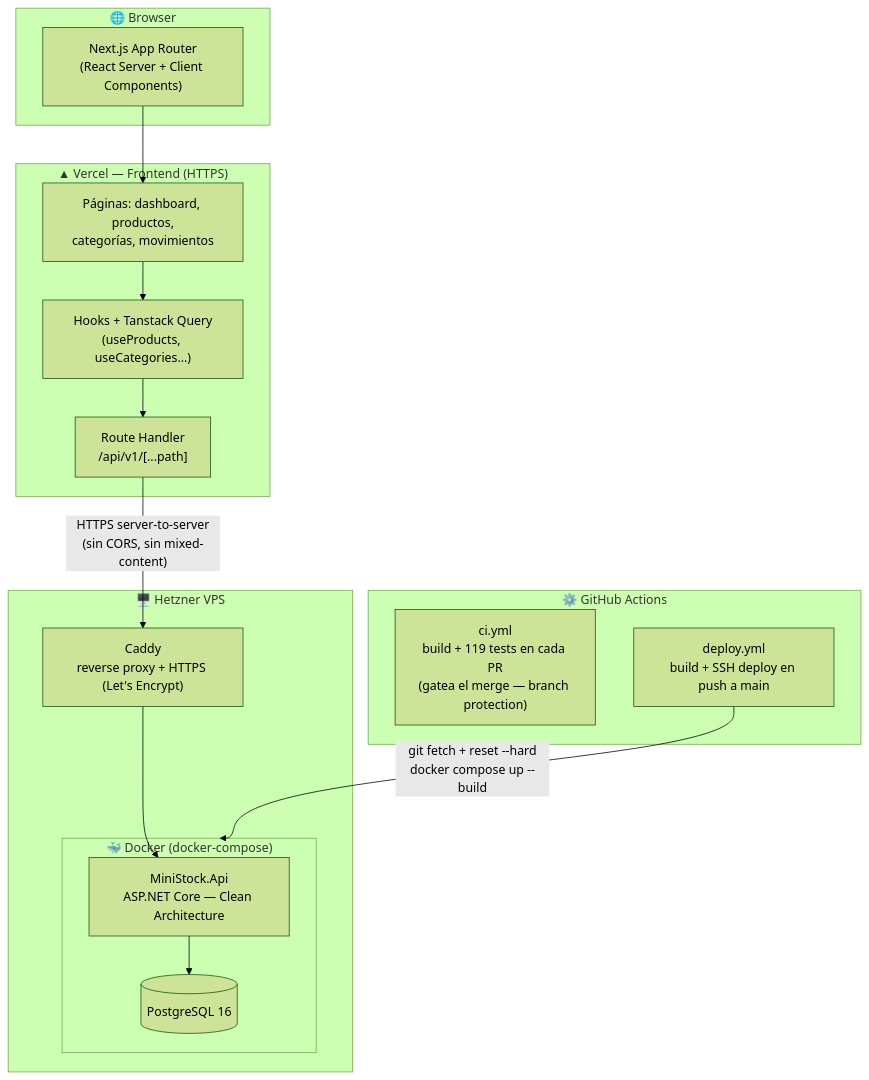
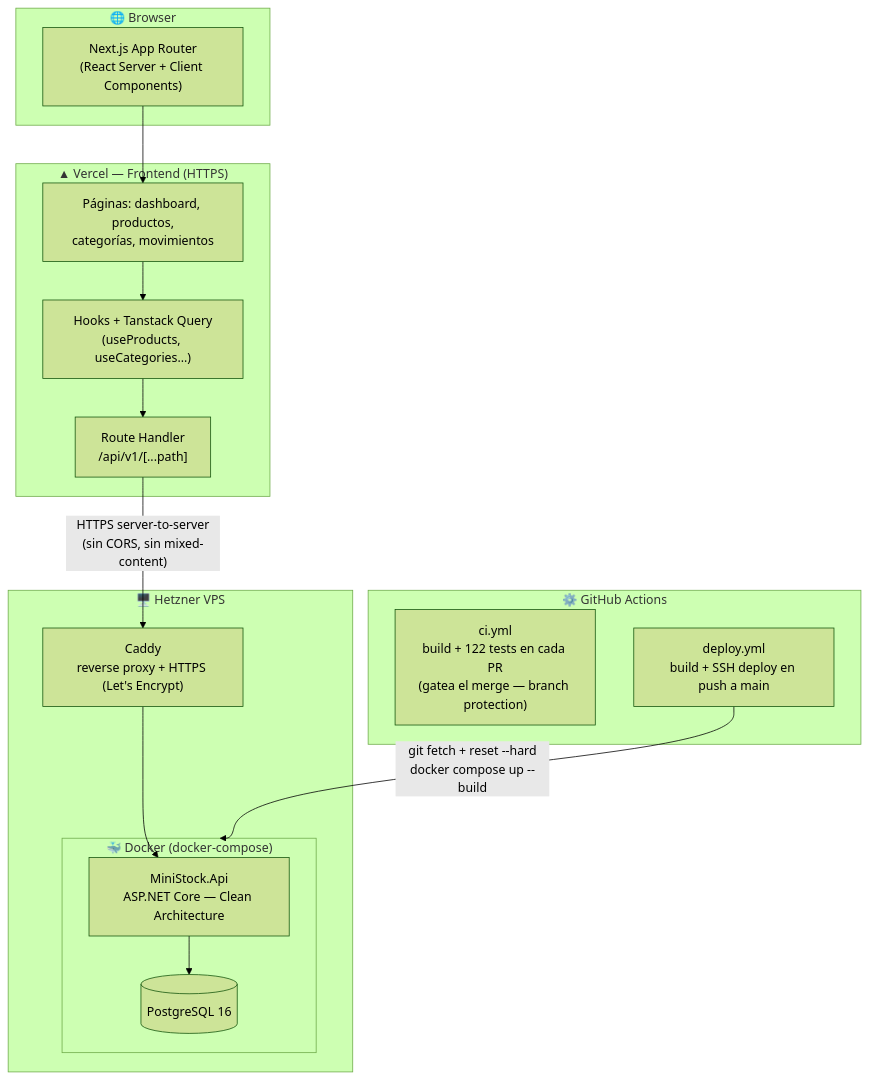
The first of 2 diagrams in README.md (tech-marcos-rios/ministock-api), drawn with Mermaid (forest theme) before and after one commit. The commit also changed other lines of this file and 17 other files, not shown here.

````diff
--- a/README.md
+++ b/README.md
@@ -45,31 +45,31 @@
 ```mermaid
 flowchart TB
     subgraph Browser["🌐 Browser"]
         UI["Next.js App Router\n(React Server + Client Components)"]
     end
 
     subgraph Vercel["▲ Vercel — Frontend (HTTPS)"]
         Pages["Páginas: dashboard, productos,\ncategorías, movimientos"]
         Hooks["Hooks + Tanstack Query\n(useProducts, useCategories...)"]
         Proxy["Route Handler\n/api/v1/[...path]"]
         Pages --> Hooks --> Proxy
     end
 
     subgraph Hetzner["🖥️ Hetzner VPS"]
         Caddy["Caddy\nreverse proxy + HTTPS (Let's Encrypt)"]
         subgraph Docker["🐳 Docker (docker-compose)"]
             API["MiniStock.Api\nASP.NET Core — Clean Architecture"]
             DB[("PostgreSQL 16")]
         end
         Caddy --> API --> DB
     end
 
     subgraph GHA["⚙️ GitHub Actions"]
-        CI["ci.yml\nbuild + 119 tests en cada PR\n(gatea el merge — branch protection)"]
+        CI["ci.yml\nbuild + 122 tests en cada PR\n(gatea el merge — branch protection)"]
         CD["deploy.yml\nbuild + SSH deploy en push a main"]
     end
 
     UI --> Pages
     Proxy -- "HTTPS server-to-server\n(sin CORS, sin mixed-content)" --> Caddy
     CD -- "git fetch + reset --hard\ndocker compose up --build" --> Docker
 ```
````
